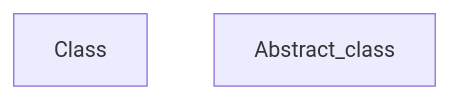
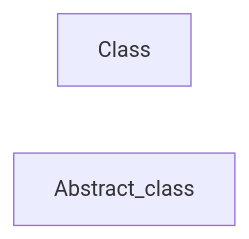
The diagram in mermade/untitled.md (saiphanindra1010/arch_diagram_demo), drawn with Mermaid before and after one commit.

Commit message:
mermade: save Untitled

````diff
--- a/mermade/untitled.md
+++ b/mermade/untitled.md
@@ -3,6 +3,6 @@
 ```mermaid
-flowchart TD
+flowchart LR
   Class[Class]
   Abstract_class[Abstract_class]
-%% mermade:{"v":1,"diagramType":"activity","nodes":{"Class":{"x":260,"y":40,"w":180,"h":48,"kind":"action","members":[]},"Abstract_class":{"x":64,"y":40,"w":180,"h":48,"kind":"action","members":[]}},"groups":{},"edges":{}}
+%% mermade:{"v":1,"diagramType":"architecture","nodes":{"Class":{"x":250,"y":36,"w":200,"h":56,"kind":"service","members":[]},"Abstract_class":{"x":54,"y":36,"w":200,"h":56,"kind":"service","members":[]}},"groups":{},"edges":{}}
 ```
````
